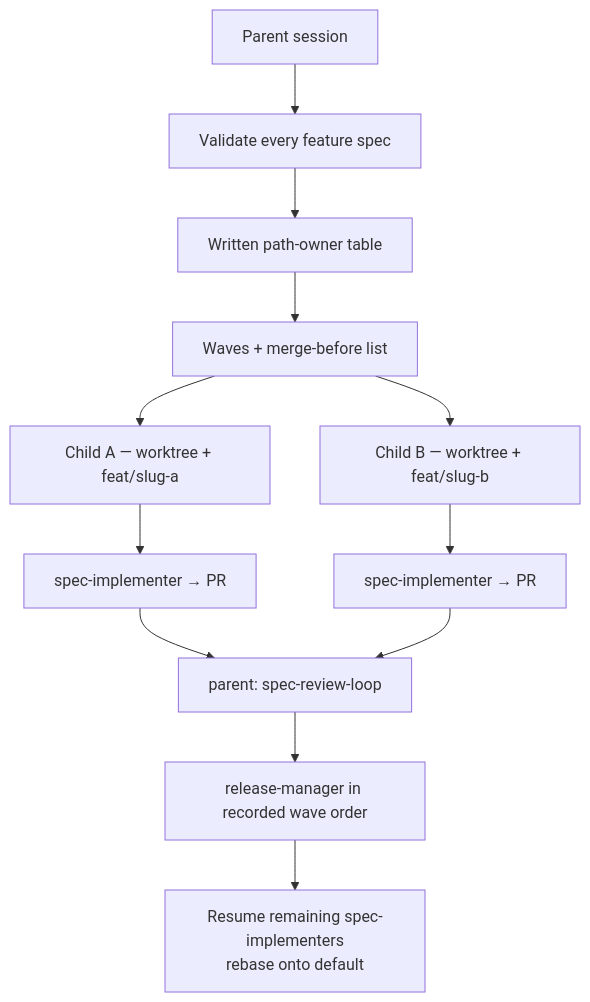
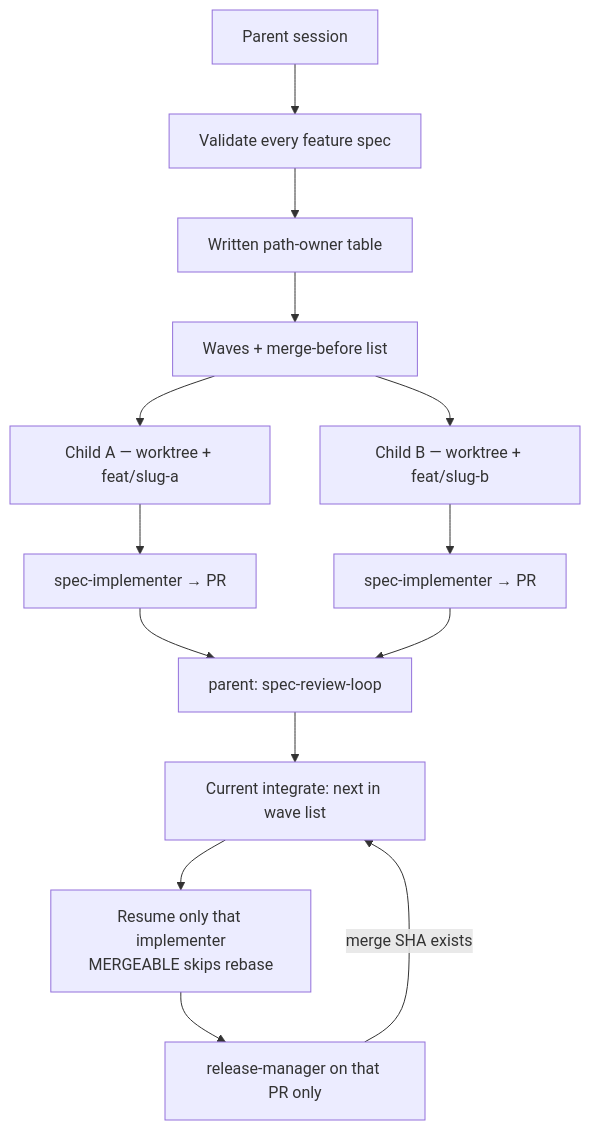
One commit to lonnylot/spec-loop changed the fourth of 4 diagrams in README.md. Above: the diagram before and after it, drawn with Mermaid. The commit also changed other lines of this file and 5 other files, not shown here.

First line of the commit message:
docs: serial next-in-line integrate; MERGEABLE skips rebase

````diff
--- a/README.md
+++ b/README.md
@@ -128,14 +128,16 @@
 ```mermaid
 flowchart TB
   PARENT["Parent session"] --> SPECS["Validate every feature spec"]
   SPECS --> OWNERS["Written path-owner table"]
   OWNERS --> WAVE["Waves + merge-before list"]
   WAVE --> C1["Child A — worktree + feat/slug-a"]
   WAVE --> C2["Child B — worktree + feat/slug-b"]
   C1 --> A1["spec-implementer → PR"]
   C2 --> A2["spec-implementer → PR"]
   A1 --> REV["parent: spec-review-loop"]
   A2 --> REV
-  REV --> MERGEA["release-manager in recorded wave order"]
-  MERGEA --> REBASE["Resume remaining spec-implementers<br/>rebase onto default"]
+  REV --> INTEG["Current integrate: next in wave list"]
+  INTEG --> NEXT["Resume only that implementer<br/>MERGEABLE skips rebase"]
+  NEXT --> RM["release-manager on that PR only"]
+  RM -->|merge SHA exists| INTEG
 ```
````
